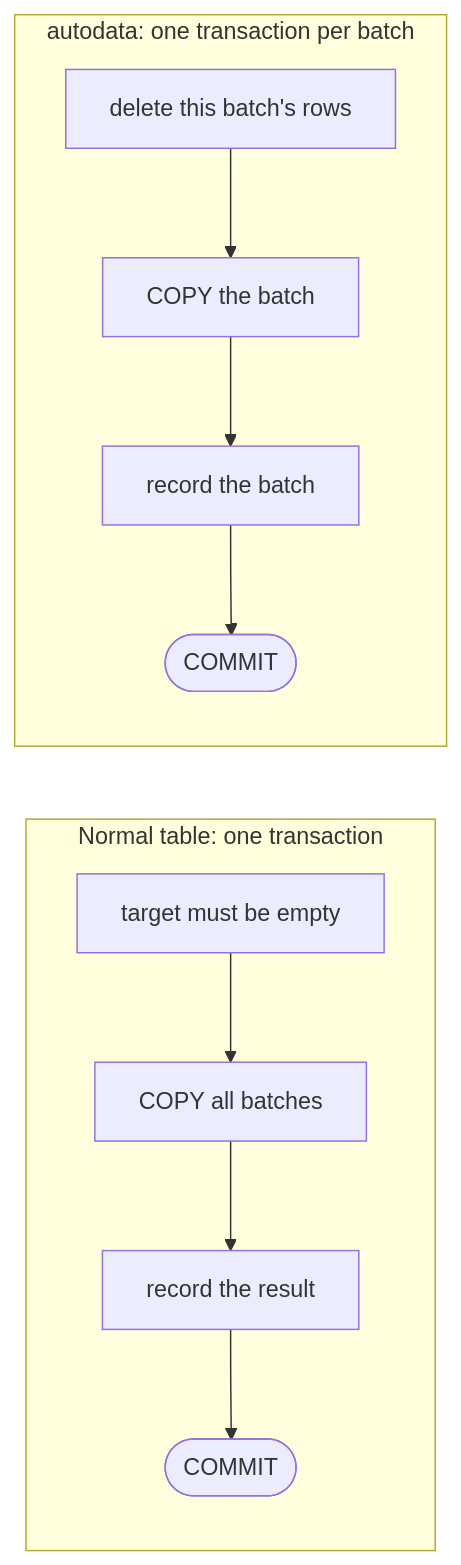
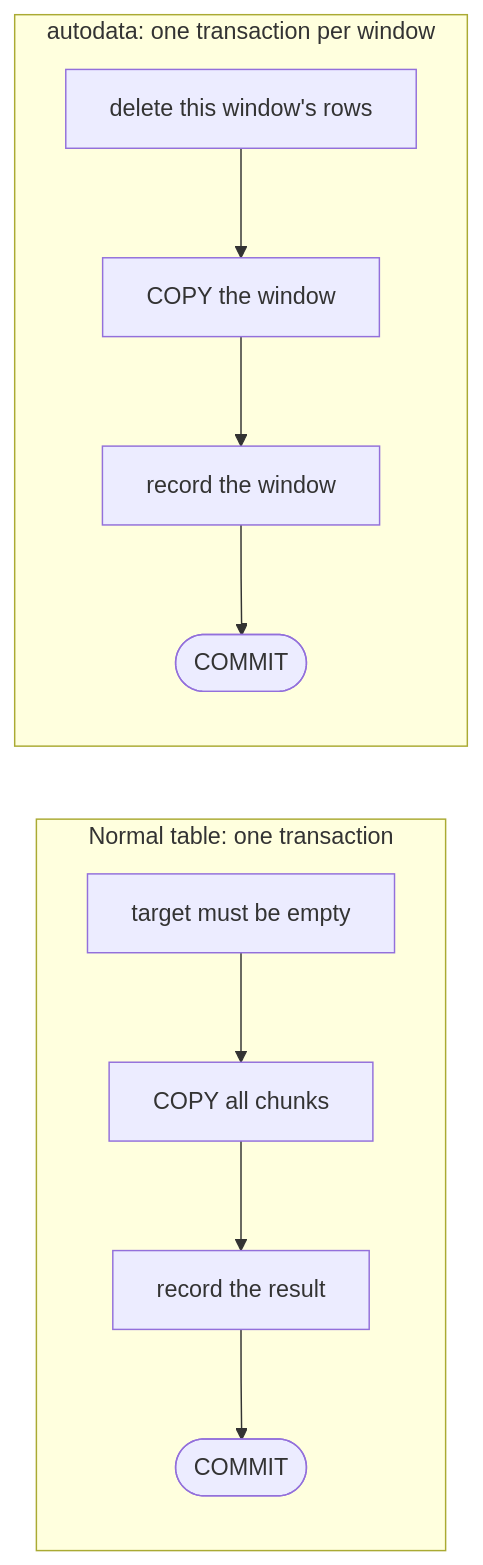
One commit to yaswanth-amit/PG_Migration changed the third of 3 diagrams in README.md. Above: the diagram before and after it, drawn with Mermaid. The commit also changed other lines of this file and 8 other files, not shown here.

````diff
--- a/README.md
+++ b/README.md
@@ -121,11 +150,11 @@
 ```mermaid
 flowchart LR
     subgraph P["Normal table: one transaction"]
         direction TB
-        P1["target must be empty"] --> P2["COPY all batches"] --> P3["record the result"] --> P4(["COMMIT"])
+        P1["target must be empty"] --> P2["COPY all chunks"] --> P3["record the result"] --> P4(["COMMIT"])
     end
-    subgraph W["autodata: one transaction per batch"]
+    subgraph W["autodata: one transaction per window"]
         direction TB
-        W1["delete this batch's rows"] --> W2["COPY the batch"] --> W3["record the batch"] --> W4(["COMMIT"])
+        W1["delete this window's rows"] --> W2["COPY the window"] --> W3["record the window"] --> W4(["COMMIT"])
     end
 ```
````
